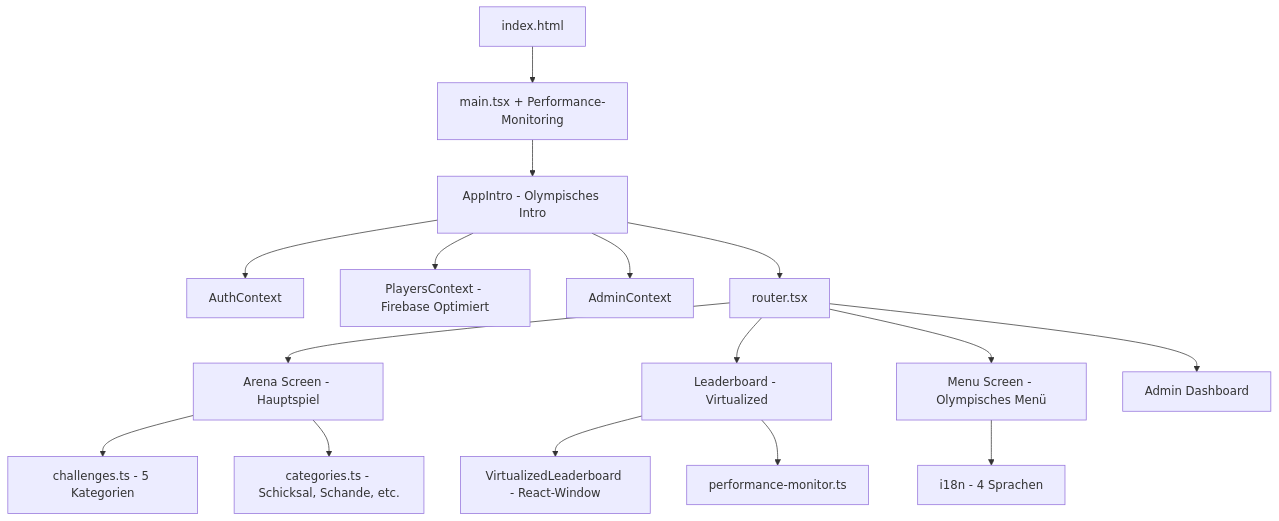
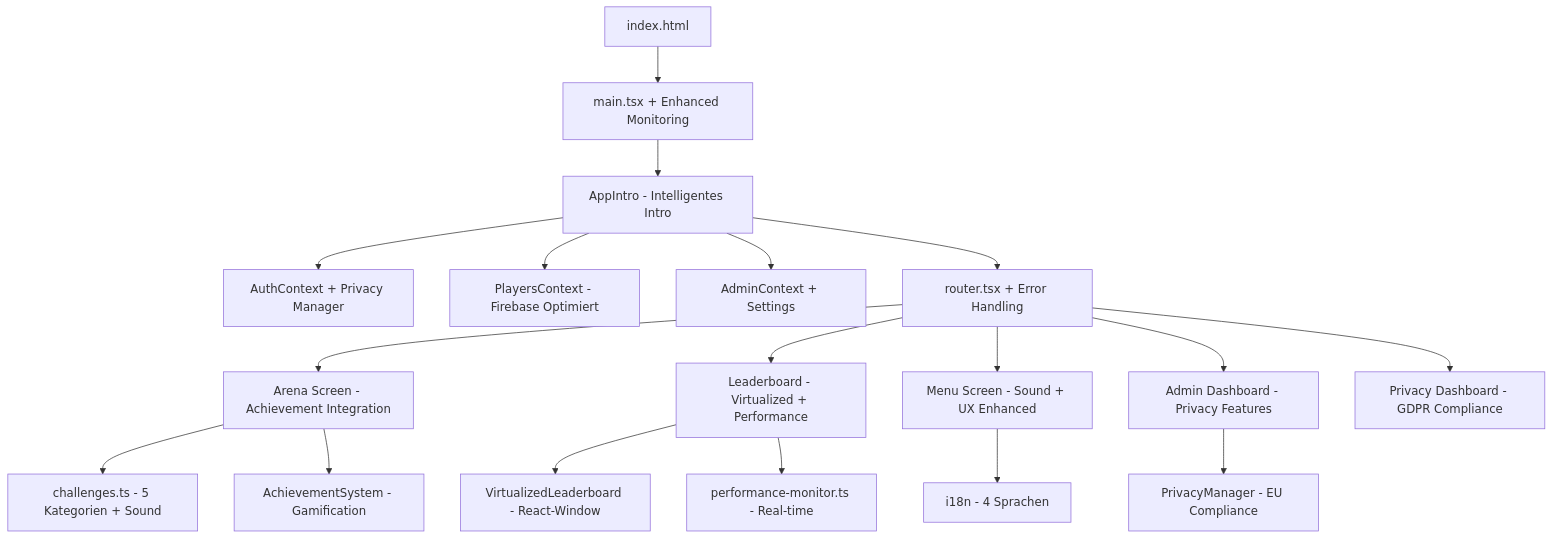
One commit to Schmidtstar/mallex-remote-api changed the diagram in docs/PROJECT_STRUCTURE.md. Above: the diagram before and after it, drawn with Mermaid. The commit also changed other lines of this file and 3 other files, not shown here.

````diff
--- a/docs/PROJECT_STRUCTURE.md
+++ b/docs/PROJECT_STRUCTURE.md
@@ -143,18 +185,20 @@
 ```mermaid
 graph TD
-    A[index.html] --> B[main.tsx + Performance-Monitoring]
-    B --> C[AppIntro - Olympisches Intro]
-    C --> D[AuthContext]
+    A[index.html] --> B[main.tsx + Enhanced Monitoring]
+    B --> C[AppIntro - Intelligentes Intro]
+    C --> D[AuthContext + Privacy Manager]
     C --> E[PlayersContext - Firebase Optimiert]  
-    C --> F[AdminContext]
-    C --> G[router.tsx]
-    G --> H[Arena Screen - Hauptspiel]
-    G --> I[Leaderboard - Virtualized]
-    G --> J[Menu Screen - Olympisches Menü]
-    G --> K[Admin Dashboard]
-    H --> L[challenges.ts - 5 Kategorien]
-    H --> M[categories.ts - Schicksal, Schande, etc.]
-    I --> N[VirtualizedLeaderboard - React-Window]
-    I --> O[performance-monitor.ts]
-    J --> P[i18n - 4 Sprachen]
+    C --> F[AdminContext + Settings]
+    C --> G[router.tsx + Error Handling]
+    G --> H[Arena Screen - Achievement Integration]
+    G --> I[Leaderboard - Virtualized + Performance]
+    G --> J[Menu Screen - Sound + UX Enhanced]
+    G --> K[Admin Dashboard - Privacy Features]
+    G --> L[Privacy Dashboard - GDPR Compliance]
+    H --> M[challenges.ts - 5 Kategorien + Sound]
+    H --> N[AchievementSystem - Gamification]
+    I --> O[VirtualizedLeaderboard - React-Window]
+    I --> P[performance-monitor.ts - Real-time]
+    J --> Q[i18n - 4 Sprachen]
+    K --> R[PrivacyManager - EU Compliance]
 ```
````
